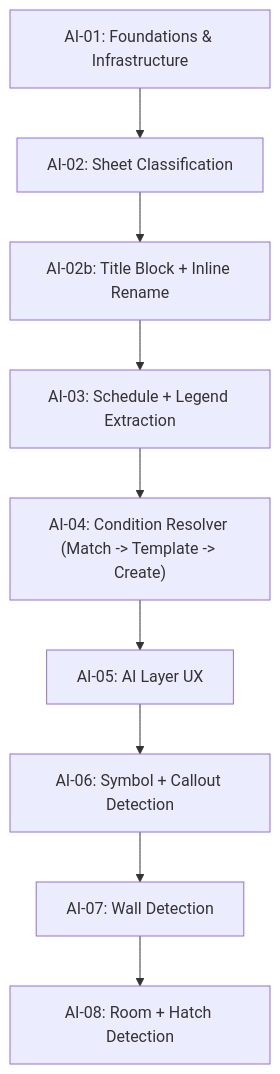
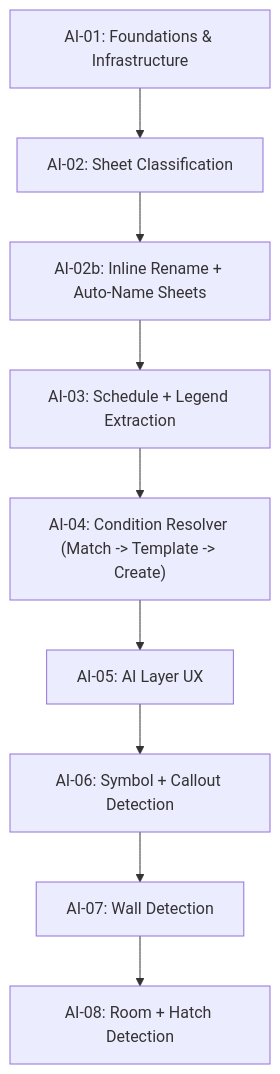
The first of 2 diagrams in sprints/ai/roadmap.md (Durer-I/contruo), drawn with Mermaid before and after one commit. The commit also changed other lines of this file and 46 other files, not shown here.

````diff
--- a/sprints/ai/roadmap.md
+++ b/sprints/ai/roadmap.md
@@ -31,11 +31,11 @@
 ```mermaid
 flowchart TD
     AI01["AI-01: Foundations & Infrastructure"] --> AI02["AI-02: Sheet Classification"]
-    AI02 --> AI02b["AI-02b: Title Block + Inline Rename"]
+    AI02 --> AI02b["AI-02b: Inline Rename + Auto-Name Sheets"]
     AI02b --> AI03["AI-03: Schedule + Legend Extraction"]
     AI03 --> AI04["AI-04: Condition Resolver (Match -> Template -> Create)"]
     AI04 --> AI05["AI-05: AI Layer UX"]
     AI05 --> AI06["AI-06: Symbol + Callout Detection"]
     AI06 --> AI07["AI-07: Wall Detection"]
     AI07 --> AI08["AI-08: Room + Hatch Detection"]
 ```
````
